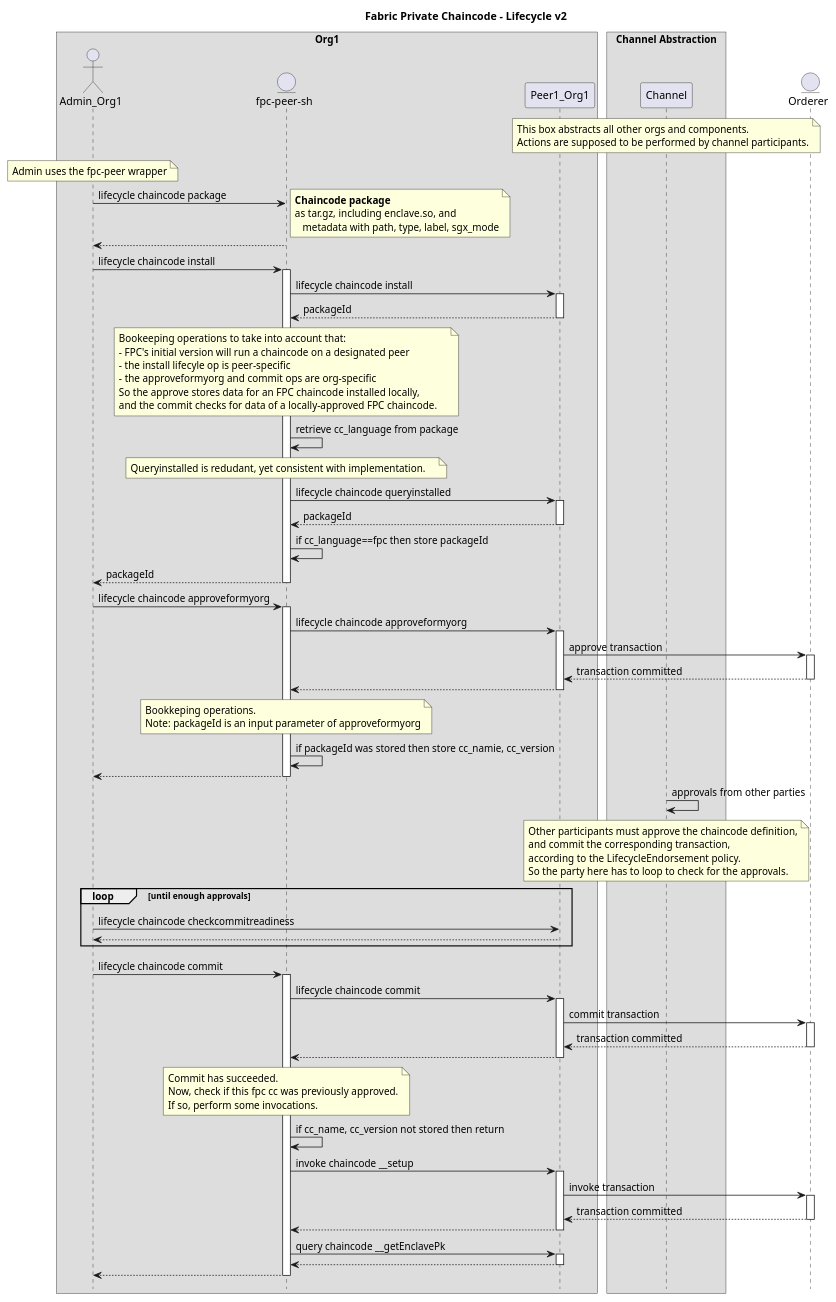
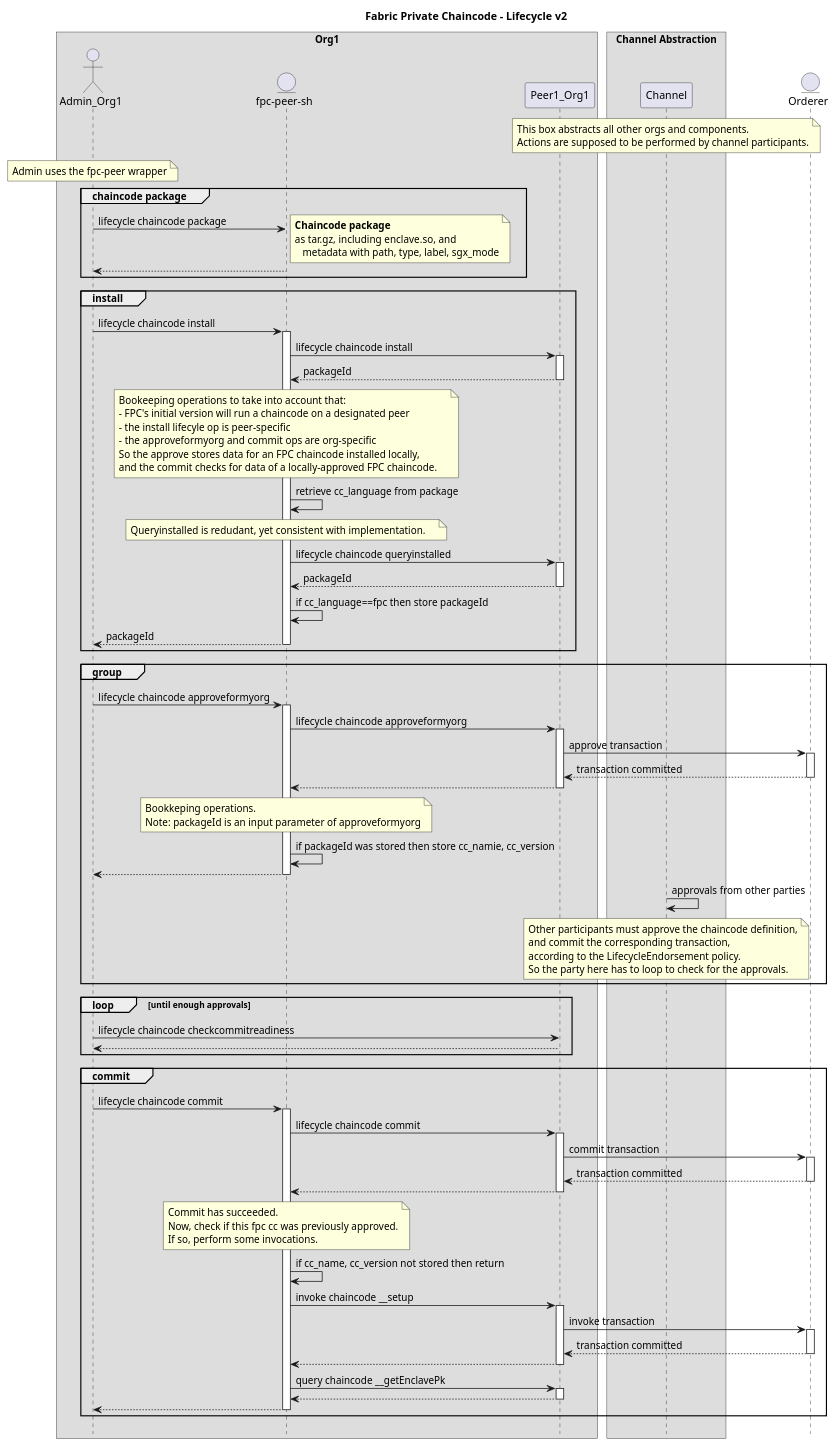
The diagram in docs/design/fabric-v2+/fpc-lifecycle-v2-new.puml (hyperledger/fabric-private-chaincode), drawn with PlantUML before and after one commit.

Commit message:
group lifecycle operations into blocks

```diff
--- a/docs/design/fabric-v2+/fpc-lifecycle-v2-new.puml
+++ b/docs/design/fabric-v2+/fpc-lifecycle-v2-new.puml
@@ -8,101 +8,111 @@
 @startuml
 
 !pragma teoz true
 
 hide footbox
 title Foot Box removed
 
 title Fabric Private Chaincode - Lifecycle v2
 
 box "Org1"
 actor	Admin_Org1 order 10
 entity "fpc-peer-sh" as Peer_Wrapper order 15
 participant Peer1_Org1 order 20
 end box
 
 box "Channel Abstraction"
 participant Channel order 40
 note over Channel
     This box abstracts all other orgs and components.
     Actions are supposed to be performed by channel participants.
 end note
 end box
 
 entity Orderer order 50
 
 note over Admin_Org1
     Admin uses the fpc-peer wrapper
 end note
 
+group chaincode package
 Admin_Org1 -> Peer_Wrapper : lifecycle chaincode package
 note right
 	**Chaincode package**
 	as tar.gz, including enclave.so, and
     metadata with path, type, label, sgx_mode
 end note
 return
+end /' group chaincode package '/
 
+group install
 Admin_Org1 -> Peer_Wrapper ++: lifecycle chaincode install
 Peer_Wrapper -> Peer1_Org1 ++: lifecycle chaincode install
 return packageId
 note over Peer_Wrapper
     Bookeeping operations to take into account that:
     - FPC's initial version will run a chaincode on a designated peer
     - the install lifecyle op is peer-specific
     - the approveformyorg and commit ops are org-specific
     So the approve stores data for an FPC chaincode installed locally,
     and the commit checks for data of a locally-approved FPC chaincode.    
 end note
 Peer_Wrapper -> Peer_Wrapper : retrieve cc_language from package
 note over Peer_Wrapper
     Queryinstalled is redudant, yet consistent with implementation.    
 end note
 Peer_Wrapper -> Peer1_Org1 ++: lifecycle chaincode queryinstalled
 return packageId
 Peer_Wrapper -> Peer_Wrapper : if cc_language==fpc then store packageId
 return packageId /' Admin_Org1 -> Peer_Wrapper '/
+end /' group install '/
 
+group /' approve '/
 Admin_Org1 -> Peer_Wrapper ++: lifecycle chaincode approveformyorg
 Peer_Wrapper -> Peer1_Org1 ++: lifecycle chaincode approveformyorg
 Peer1_Org1 -> Orderer ++: approve transaction
 return transaction committed /' Peer1_Org1 -> Orderer '/
 return /' Peer_Wrapper -> Peer1_Org1 '/
 note over Peer_Wrapper
     Bookkeping operations.
     Note: packageId is an input parameter of approveformyorg
 end note
 Peer_Wrapper -> Peer_Wrapper : if packageId was stored then store cc_namie, cc_version
 return /' Admin_Org1 -> Peer_Wrapper '/
 
 Channel -> Channel : approvals from other parties
 note over Channel
     Other participants must approve the chaincode definition,
     and commit the corresponding transaction,
     according to the LifecycleEndorsement policy.
     So the party here has to loop to check for the approvals.
 end note
+
+end /' group approve '/
+
 loop until enough approvals
 	Admin_Org1 -> Peer1_Org1 : lifecycle chaincode checkcommitreadiness
     return
 end
 
+group commit
 Admin_Org1 -> Peer_Wrapper ++:lifecycle chaincode commit
 Peer_Wrapper -> Peer1_Org1 ++: lifecycle chaincode commit
 Peer1_Org1 -> Orderer ++: commit transaction
 return transaction committed /' Peer1_Org1 -> Orderer '/
 return /' Peer_Wrapper -> Peer1_Org1 '/
 note over Peer_Wrapper
     Commit has succeeded.
     Now, check if this fpc cc was previously approved.
     If so, perform some invocations.
 end note
 Peer_Wrapper -> Peer_Wrapper : if cc_name, cc_version not stored then return
 Peer_Wrapper -> Peer1_Org1 ++: invoke chaincode __setup
 Peer1_Org1 -> Orderer ++: invoke transaction
 return transaction committed
 return /' Peer_Wrapper -> Peer1_Org1 '/
 Peer_Wrapper -> Peer1_Org1 ++: query chaincode __getEnclavePk
 return /' Peer_Wrapper -> Peer1_Org1 '/
 return /' Admin_Org1 -> Peer_Wrapper '/
+end /' group commit '/
 
 @enduml
```
